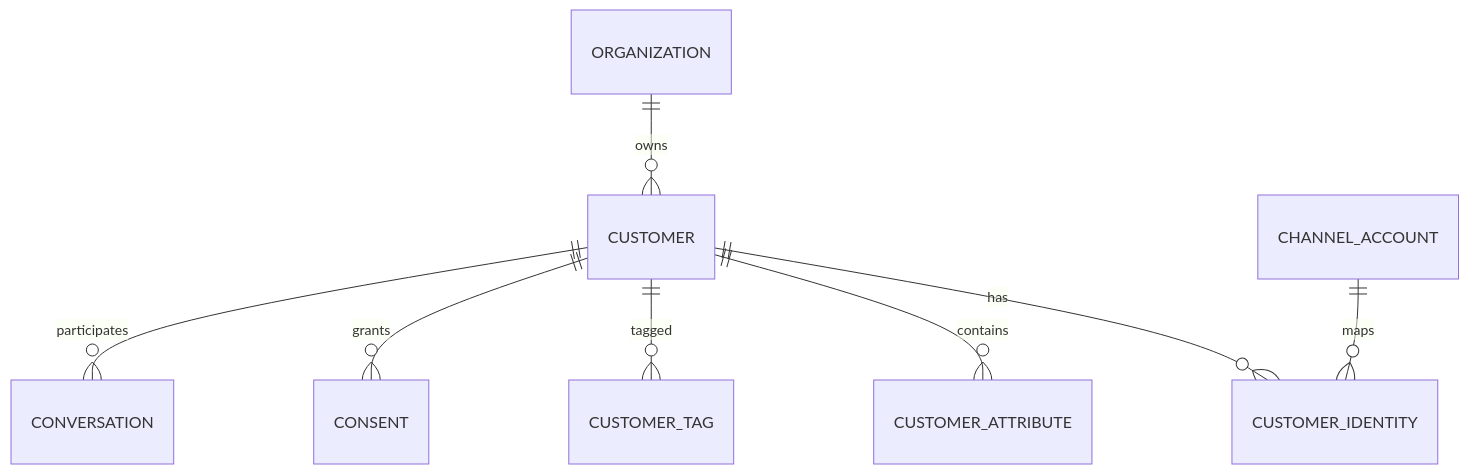
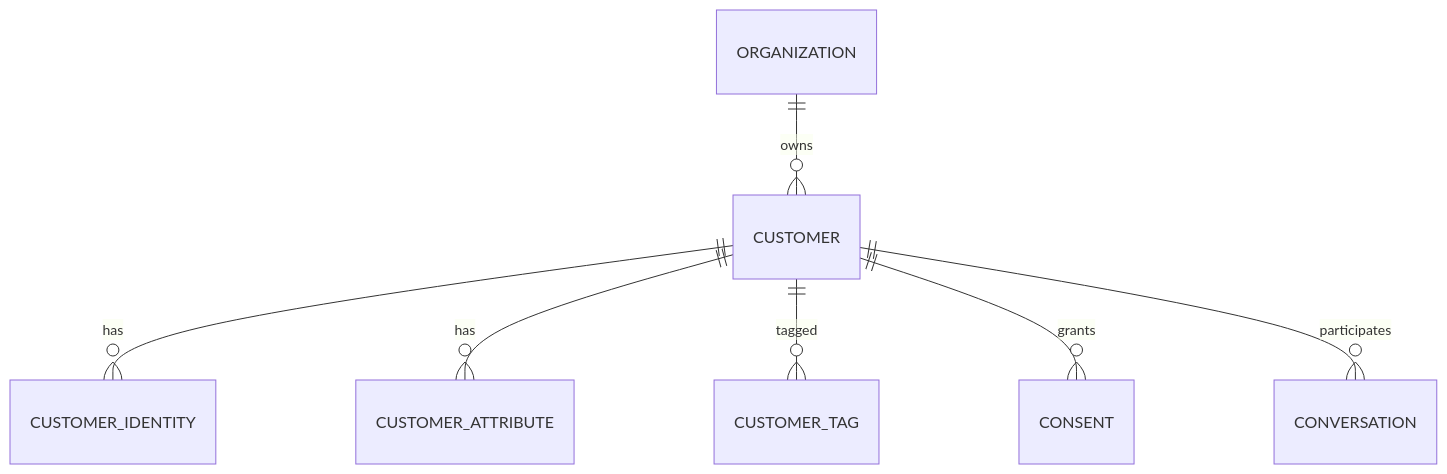
One commit to D-engahmed/OMILINKS changed the first of 3 diagrams in docs/domain/customers.md. Above: the diagram before and after it, drawn with Mermaid. The commit also changed other lines of this file and 3 other files, not shown here.

````diff
--- a/docs/domain/customers.md
+++ b/docs/domain/customers.md
@@ -23,10 +9,9 @@
-```mermaid
+~~~mermaid
 erDiagram
-ORGANIZATION ||--o{ CUSTOMER : owns
-CUSTOMER ||--o{ CUSTOMER_IDENTITY : has
-CUSTOMER ||--o{ CUSTOMER_ATTRIBUTE : contains
-CUSTOMER ||--o{ CUSTOMER_TAG : tagged
-CUSTOMER ||--o{ CONSENT : grants
-CHANNEL_ACCOUNT ||--o{ CUSTOMER_IDENTITY : maps
-CUSTOMER ||--o{ CONVERSATION : participates
-```
+    ORGANIZATION ||--o{ CUSTOMER : owns
+    CUSTOMER ||--o{ CUSTOMER_IDENTITY : has
+    CUSTOMER ||--o{ CUSTOMER_ATTRIBUTE : has
+    CUSTOMER ||--o{ CUSTOMER_TAG : tagged
+    CUSTOMER ||--o{ CONSENT : grants
+    CUSTOMER ||--o{ CONVERSATION : participates
+~~~
````
